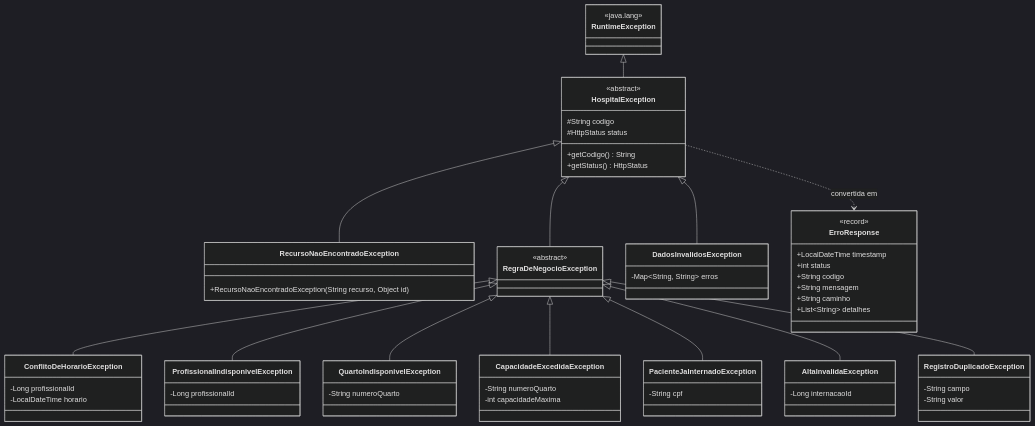
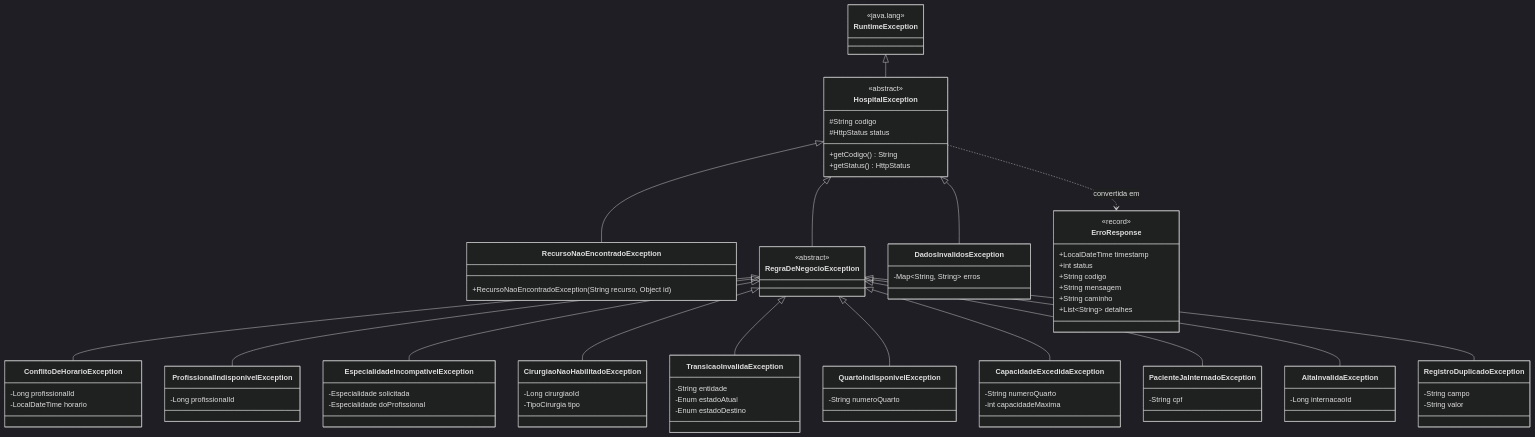
The diagram in docs/diagramas/03-excecoes.mmd (GustavoAlbuquerquee/vitalis), drawn with Mermaid (dark theme) before and after one commit. The commit also changed 8 other files, not shown here.

First line of the commit message:
docs(diagrama): atualiza o modelo de domínio para a Sprint 2

```diff
--- a/docs/diagramas/03-excecoes.mmd
+++ b/docs/diagramas/03-excecoes.mmd
@@ -1,81 +1,101 @@
 classDiagram
     direction TB
 
     class RuntimeException {
         <<java.lang>>
     }
 
     class HospitalException {
         <<abstract>>
         #String codigo
         #HttpStatus status
         +getCodigo() String
         +getStatus() HttpStatus
     }
 
     class RecursoNaoEncontradoException {
         +RecursoNaoEncontradoException(String recurso, Object id)
     }
 
     class RegraDeNegocioException {
         <<abstract>>
     }
 
+    class DadosInvalidosException {
+        -Map~String, String~ erros
+    }
+
     class ConflitoDeHorarioException {
         -Long profissionalId
         -LocalDateTime horario
     }
 
     class ProfissionalIndisponivelException {
         -Long profissionalId
+    }
+
+    class EspecialidadeIncompativelException {
+        -Especialidade solicitada
+        -Especialidade doProfissional
+    }
+
+    class CirurgiaoNaoHabilitadoException {
+        -Long cirurgiaoId
+        -TipoCirurgia tipo
+    }
+
+    class TransicaoInvalidaException {
+        -String entidade
+        -Enum estadoAtual
+        -Enum estadoDestino
     }
 
     class QuartoIndisponivelException {
         -String numeroQuarto
     }
 
     class CapacidadeExcedidaException {
         -String numeroQuarto
         -int capacidadeMaxima
     }
 
     class PacienteJaInternadoException {
         -String cpf
     }
 
     class AltaInvalidaException {
         -Long internacaoId
     }
 
     class RegistroDuplicadoException {
         -String campo
         -String valor
     }
 
-    class DadosInvalidosException {
-        -Map~String, String~ erros
-    }
-
     class ErroResponse {
         <<record>>
         +LocalDateTime timestamp
         +int status
         +String codigo
         +String mensagem
         +String caminho
         +List~String~ detalhes
     }
 
     RuntimeException <|-- HospitalException
     HospitalException <|-- RecursoNaoEncontradoException
     HospitalException <|-- RegraDeNegocioException
     HospitalException <|-- DadosInvalidosException
+
     RegraDeNegocioException <|-- ConflitoDeHorarioException
     RegraDeNegocioException <|-- ProfissionalIndisponivelException
+    RegraDeNegocioException <|-- EspecialidadeIncompativelException
+    RegraDeNegocioException <|-- CirurgiaoNaoHabilitadoException
+    RegraDeNegocioException <|-- TransicaoInvalidaException
     RegraDeNegocioException <|-- QuartoIndisponivelException
     RegraDeNegocioException <|-- CapacidadeExcedidaException
     RegraDeNegocioException <|-- PacienteJaInternadoException
     RegraDeNegocioException <|-- AltaInvalidaException
     RegraDeNegocioException <|-- RegistroDuplicadoException
 
     HospitalException ..> ErroResponse : convertida em
```
